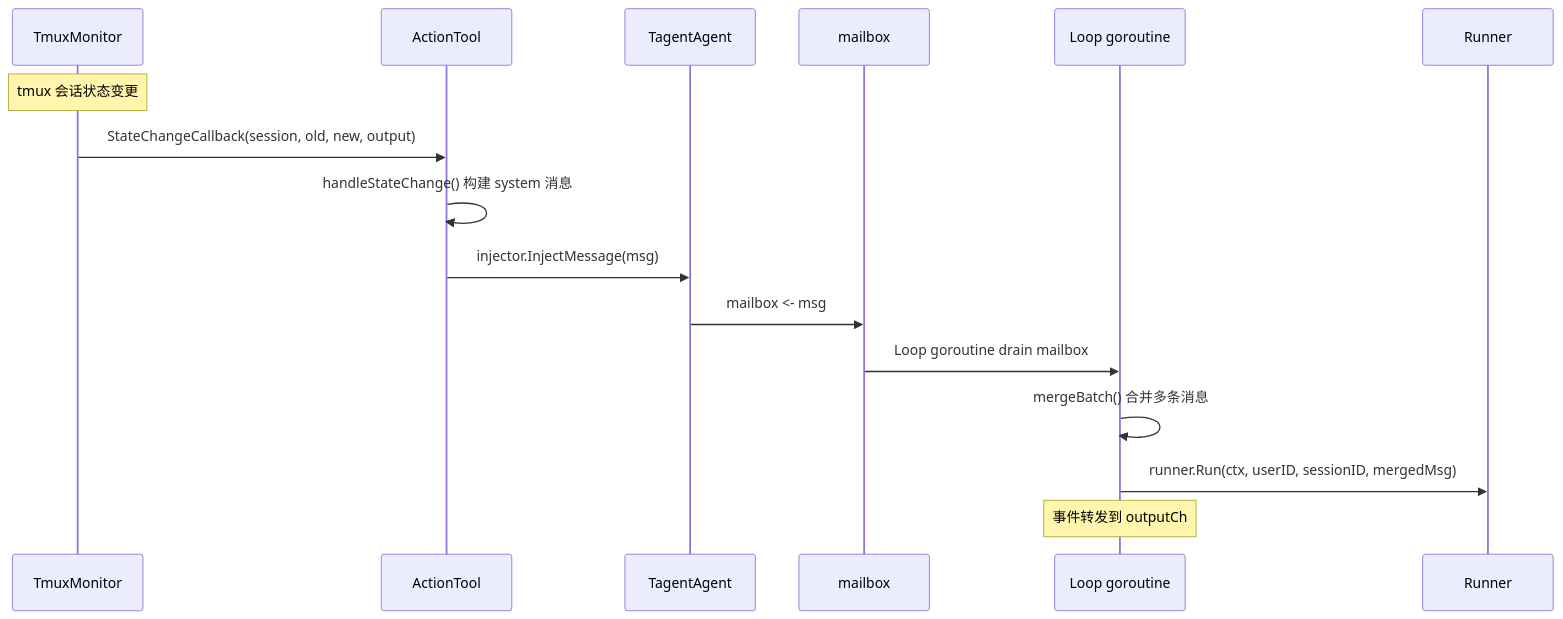
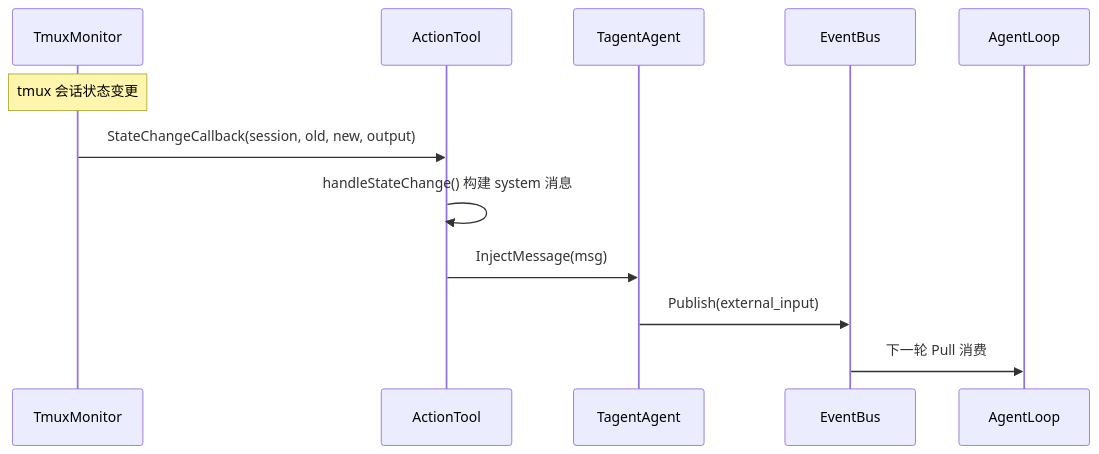
One commit to SpellingDragon/tagent changed the third of 8 diagrams in docs/wiki/agent/agent-architecture.md. Above: the diagram before and after it, drawn with Mermaid. The commit also changed other lines of this file and 8 other files, not shown here.

First line of the commit message:
docs: align wiki and README with event-driven architecture

````diff
--- a/docs/wiki/agent/agent-architecture.md
+++ b/docs/wiki/agent/agent-architecture.md
@@ -656,19 +497,15 @@
 ```mermaid
 sequenceDiagram
     participant TM as TmuxMonitor
     participant CT as ActionTool
     participant TA as TagentAgent
-    participant MB as mailbox
-    participant L as Loop goroutine
-    participant R as Runner
+    participant EB as EventBus
+    participant AL as AgentLoop
 
     Note over TM: tmux 会话状态变更
     TM->>CT: StateChangeCallback(session, old, new, output)
     CT->>CT: handleStateChange() 构建 system 消息
-    CT->>TA: injector.InjectMessage(msg)
-    TA->>MB: mailbox <- msg
-    MB->>L: Loop goroutine drain mailbox
-    L->>L: mergeBatch() 合并多条消息
-    L->>R: runner.Run(ctx, userID, sessionID, mergedMsg)
-    Note over L: 事件转发到 outputCh
+    CT->>TA: InjectMessage(msg)
+    TA->>EB: Publish(external_input)
+    EB->>AL: 下一轮 Pull 消费
 ```
````
